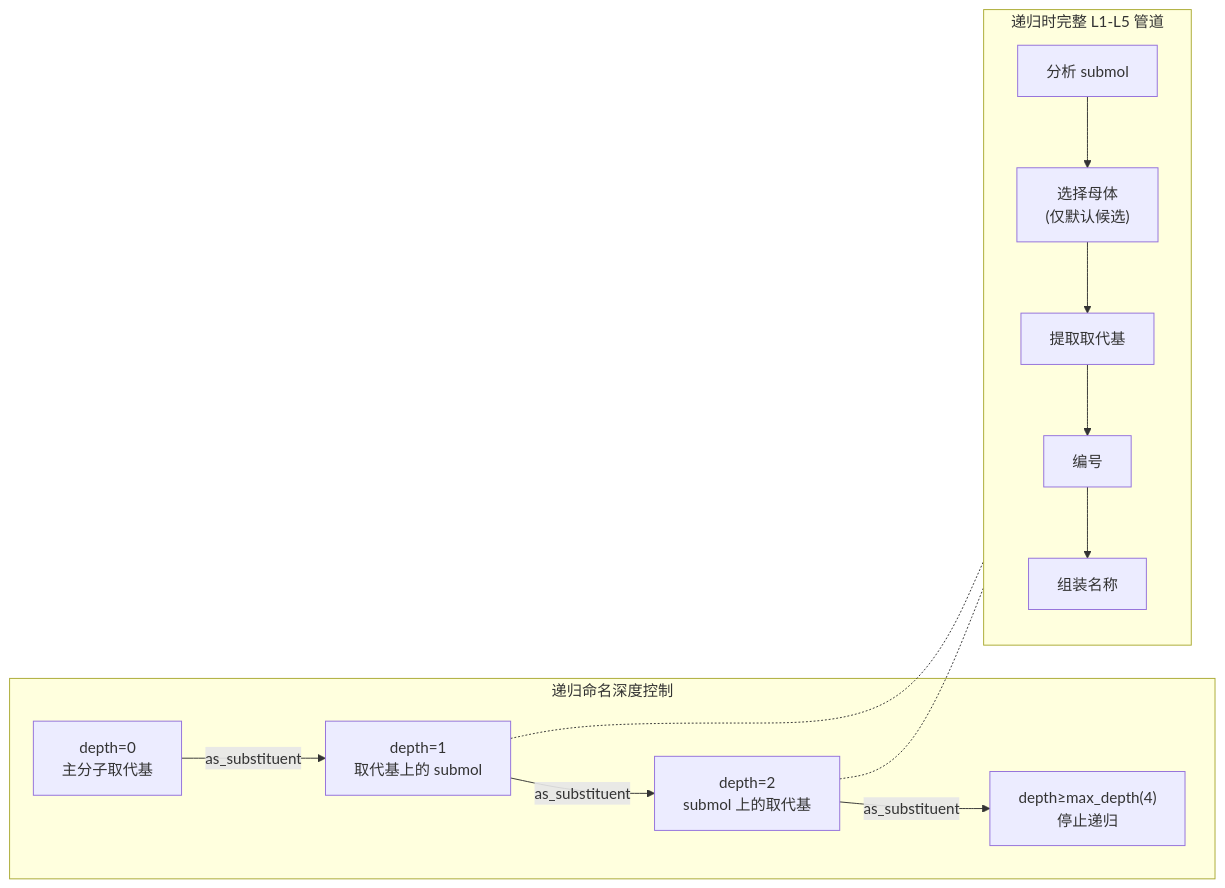
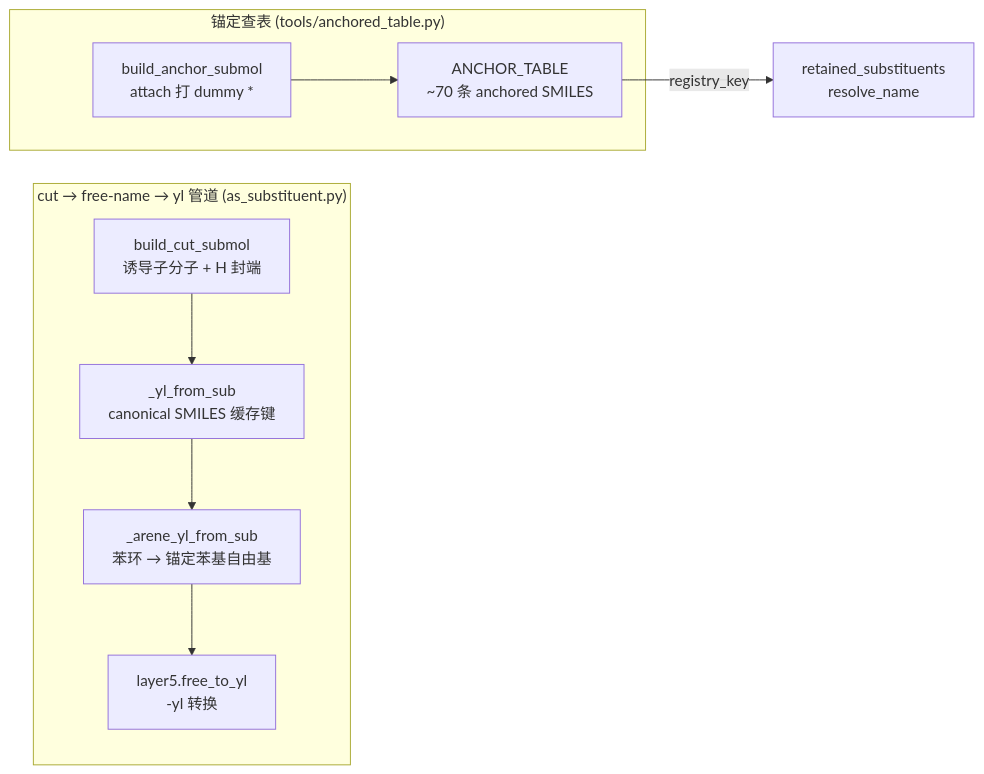
One commit to zouxiaofei1/OpenSMILES changed the second of 2 diagrams in docs/wiki/architecture/layer3-substituents.md. Above: the diagram before and after it, drawn with Mermaid. The commit also changed other lines of this file and 6 other files, not shown here.

````diff
--- a/docs/wiki/architecture/layer3-substituents.md
+++ b/docs/wiki/architecture/layer3-substituents.md
@@ -162,23 +201,20 @@
 ```mermaid
 flowchart LR
-    subgraph DEPTH["递归命名深度控制"]
-        D0["depth=0<br/>主分子取代基"]
-        D1["depth=1<br/>取代基上的 submol"]
-        D2["depth=2<br/>submol 上的取代基"]
-        DX["depth≥max_depth(4)<br/>停止递归"]
+    subgraph CUT["cut → free-name → yl 管道 (as_substituent.py)"]
+        BC["build_cut_submol<br/>诱导子分子 + H 封端"]
+        YL["_yl_from_sub<br/>canonical SMILES 缓存键"]
+        ARENE["_arene_yl_from_sub<br/>苯环 → 锚定苯基自由基"]
+        FY["layer5.free_to_yl<br/>-yl 转换"]
     end
 
-    D0 -->|"as_substituent"| D1
-    D1 -->|"as_substituent"| D2
-    D2 -->|"as_substituent"| DX
-
-    subgraph PIPELINE["递归时完整 L1-L5 管道"]
-        A["分析 submol"] --> B["选择母体<br/>(仅默认候选)"]
-        B --> C["提取取代基"]
-        C --> D["编号"]
-        D --> E["组装名称"]
+    subgraph ANCHOR["锚定查表 (tools/anchored_table.py)"]
+        BA["build_anchor_submol<br/>attach 打 dummy *"]
+        AT["ANCHOR_TABLE<br/>~70 条 anchored SMILES"]
     end
 
-    D1 -.- PIPELINE
-    D2 -.- PIPELINE
+    BC --> YL
+    YL --> ARENE
+    ARENE --> FY
+    BA --> AT
+    AT -->|"registry_key"| REG["retained_substituents<br/>resolve_name"]
 ```
````
